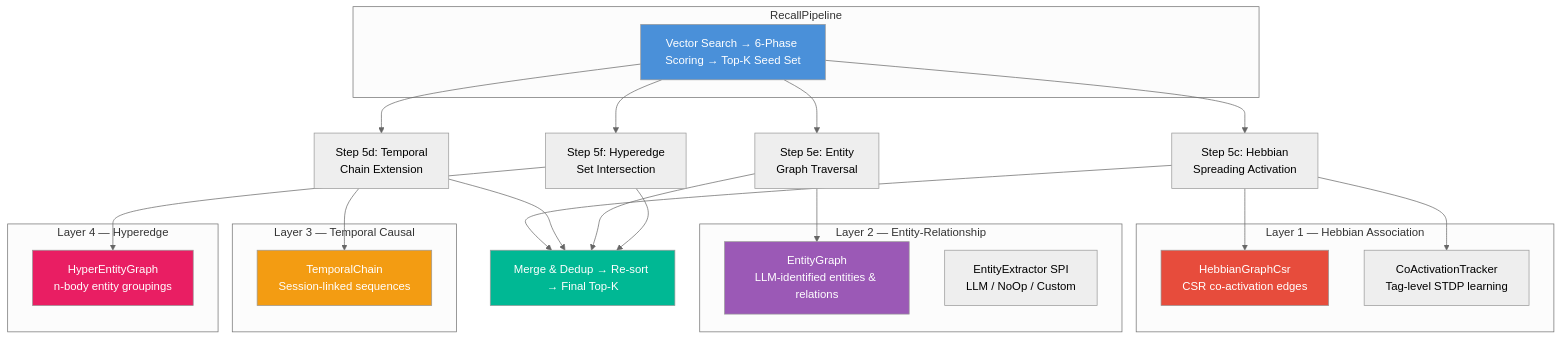
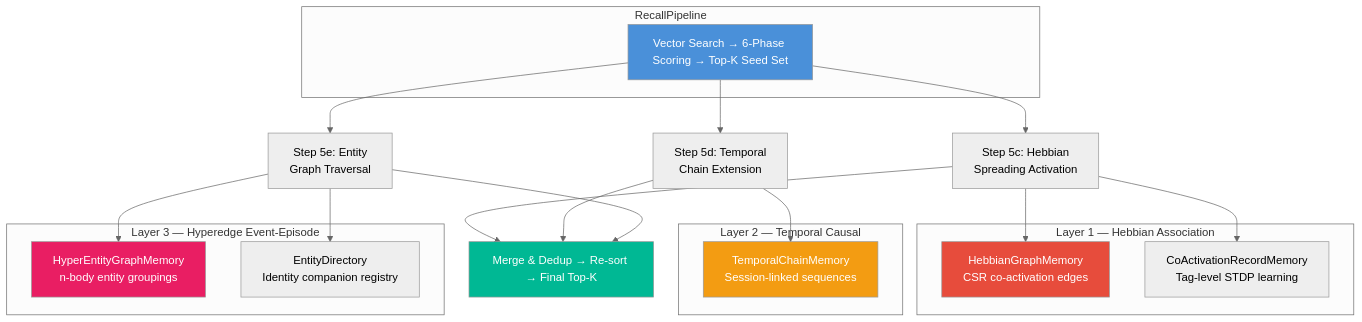
The first of 4 diagrams in docs/docs/memory/hebbian.md (spectrayan/spector), drawn with Mermaid (neutral theme) before and after one commit. The commit also changed other lines of this file and 46 other files, not shown here.

````diff
--- a/docs/docs/memory/hebbian.md
+++ b/docs/docs/memory/hebbian.md
@@ -14,47 +14,40 @@
 ```mermaid
 graph TB
     subgraph "RecallPipeline"
         RP["Vector Search → 6-Phase Scoring → Top-K Seed Set"]
     end
 
     RP --> S5c["Step 5c: Hebbian<br/>Spreading Activation"]
     RP --> S5d["Step 5d: Temporal<br/>Chain Extension"]
     RP --> S5e["Step 5e: Entity<br/>Graph Traversal"]
-    RP --> S5f["Step 5f: Hyperedge<br/>Set Intersection"]
 
     S5c --> M["Merge & Dedup → Re-sort → Final Top-K"]
     S5d --> M
     S5e --> M
-    S5f --> M
 
     subgraph "Layer 1 — Hebbian Association"
-        HG["HebbianGraphCsr<br/>CSR co-activation edges"]
-        CAT["CoActivationTracker<br/>Tag-level STDP learning"]
+        HG["HebbianGraphMemory<br/>CSR co-activation edges"]
+        CAT["CoActivationRecordMemory<br/>Tag-level STDP learning"]
     end
 
-    subgraph "Layer 2 — Entity-Relationship"
-        EG["EntityGraph<br/>LLM-identified entities & relations"]
-        EX["EntityExtractor SPI<br/>LLM / NoOp / Custom"]
+    subgraph "Layer 2 — Temporal Causal"
+        TC["TemporalChainMemory<br/>Session-linked sequences"]
     end
 
-    subgraph "Layer 3 — Temporal Causal"
-        TC["TemporalChain<br/>Session-linked sequences"]
-    end
-
-    subgraph "Layer 4 — Hyperedge"
-        HEG["HyperEntityGraph<br/>n-body entity groupings"]
+    subgraph "Layer 3 — Hyperedge Event-Episode"
+        HEG["HyperEntityGraphMemory<br/>n-body entity groupings"]
+        ED["EntityDirectory<br/>Identity companion registry"]
     end
 
     S5c --> HG
     S5c --> CAT
     S5d --> TC
-    S5e --> EG
-    S5f --> HEG
+    S5e --> ED
+    S5e --> HEG
 
     style RP fill:#4a90d9,color:white
     style M fill:#00b894,color:white
     style HG fill:#e74c3c,color:white
-    style EG fill:#9b59b6,color:white
     style TC fill:#f39c12,color:white
     style HEG fill:#e91e63,color:white
 ```
````
